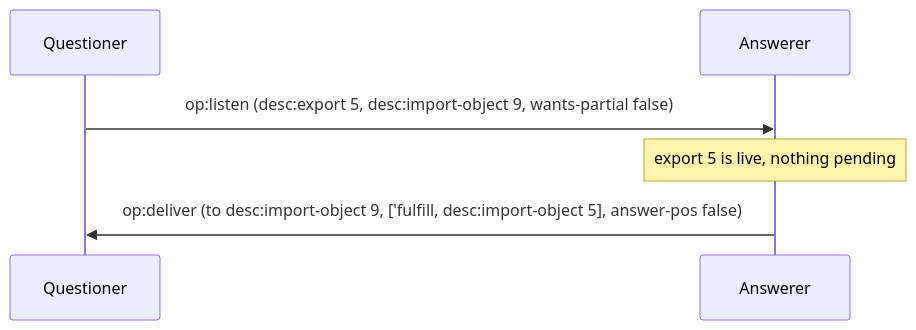
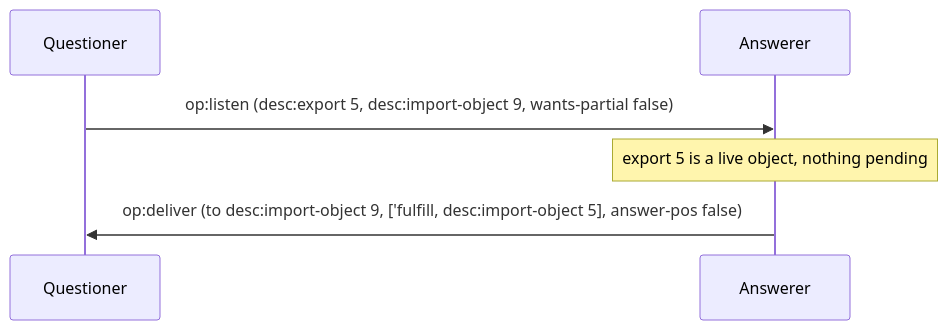
The seventh of 7 diagrams in docs/protocol-diagrams/03-promises-and-pipelining.md (glowcap-org/glowcap), drawn with Mermaid before and after one commit. The commit also changed other lines of this file and 267 other files, not shown here.

````diff
--- a/docs/protocol-diagrams/03-promises-and-pipelining.md
+++ b/docs/protocol-diagrams/03-promises-and-pipelining.md
@@ -112,8 +117,8 @@
 ```mermaid
 sequenceDiagram
     participant Q as Questioner
     participant R as Answerer
     Q->>R: op:listen (desc:export 5, desc:import-object 9, wants-partial false)
-    Note over R: export 5 is live, nothing pending
+    Note over R: export 5 is a live object, nothing pending
     R->>Q: op:deliver (to desc:import-object 9, ['fulfill, desc:import-object 5], answer-pos false)
 ```
````
